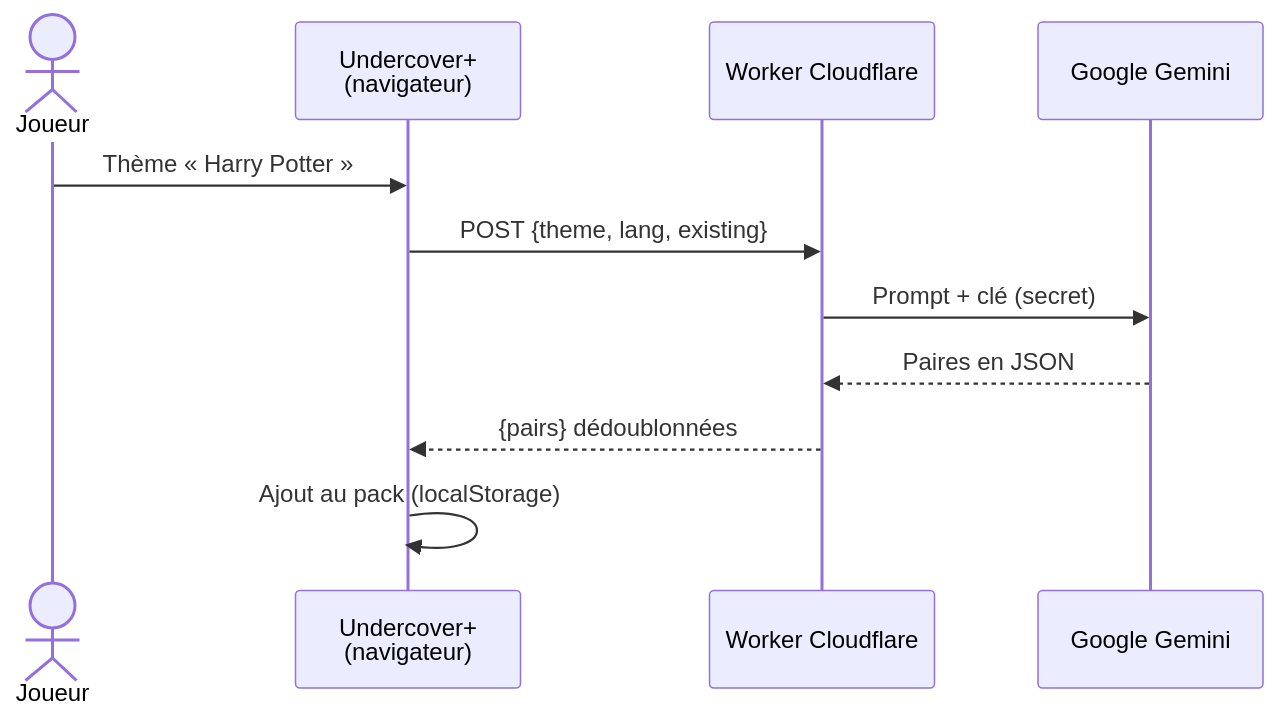
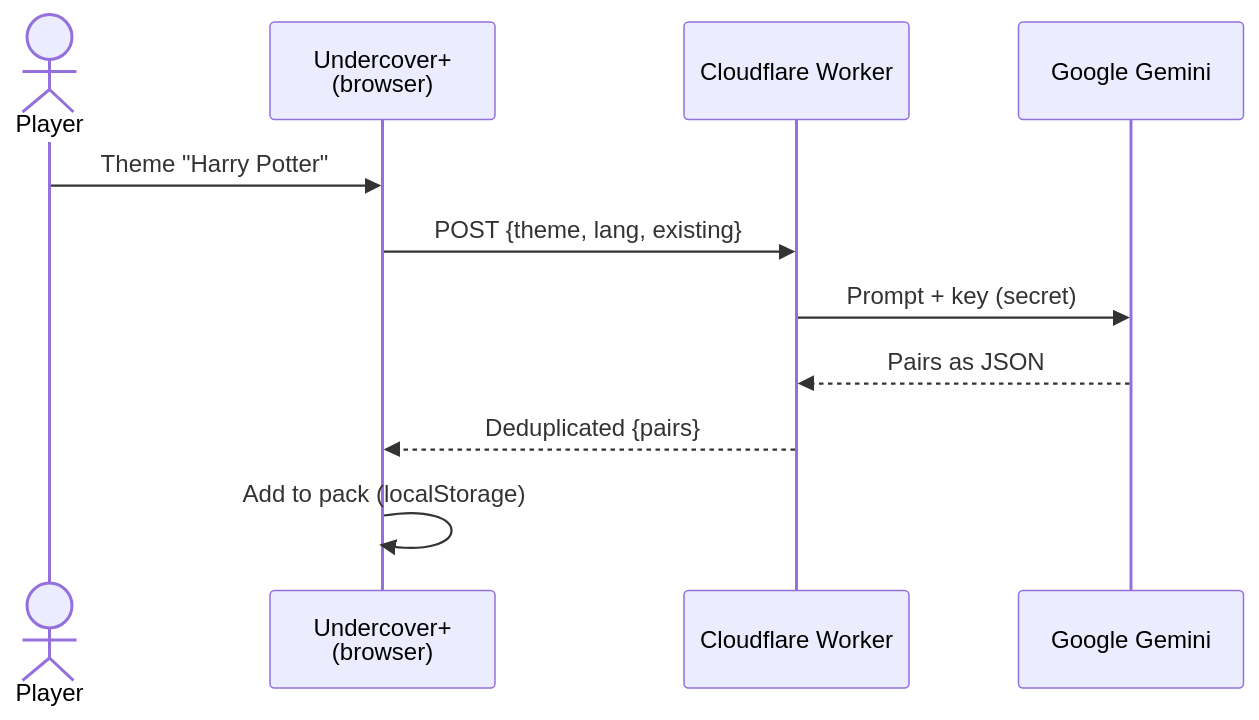
One commit to timeojea/undercover-plus changed the diagram in README.md. Above: the diagram before and after it, drawn with Mermaid. The commit also changed other lines of this file and 8 other files, not shown here.

````diff
--- a/README.md
+++ b/README.md
@@ -55,14 +55,14 @@
 ```mermaid
 sequenceDiagram
-    actor J as Joueur
-    participant A as Undercover+<br/>(navigateur)
-    participant W as Worker Cloudflare
+    actor J as Player
+    participant A as Undercover+<br/>(browser)
+    participant W as Cloudflare Worker
     participant G as Google Gemini
 
-    J->>A: Thème « Harry Potter »
+    J->>A: Theme "Harry Potter"
     A->>W: POST {theme, lang, existing}
-    W->>G: Prompt + clé (secret)
-    G-->>W: Paires en JSON
-    W-->>A: {pairs} dédoublonnées
-    A->>A: Ajout au pack (localStorage)
+    W->>G: Prompt + key (secret)
+    G-->>W: Pairs as JSON
+    W-->>A: Deduplicated {pairs}
+    A->>A: Add to pack (localStorage)
 ```
````
